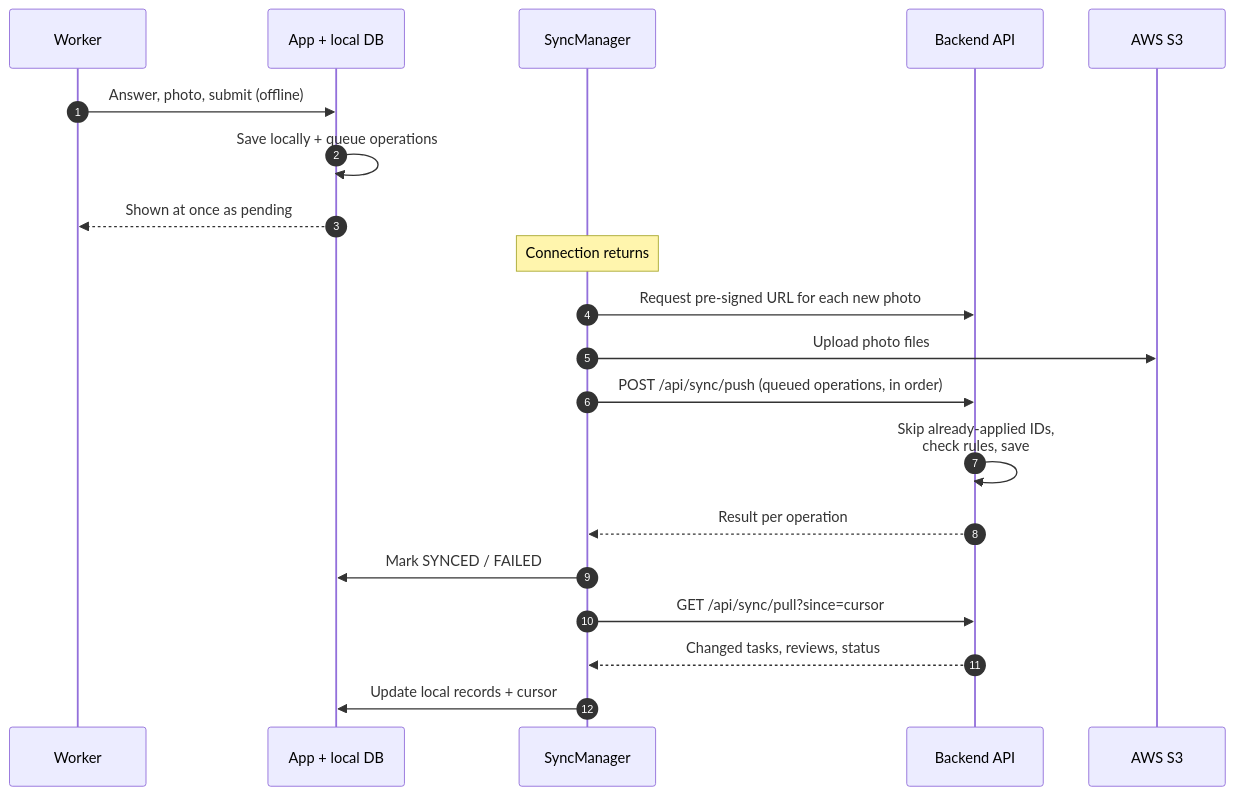
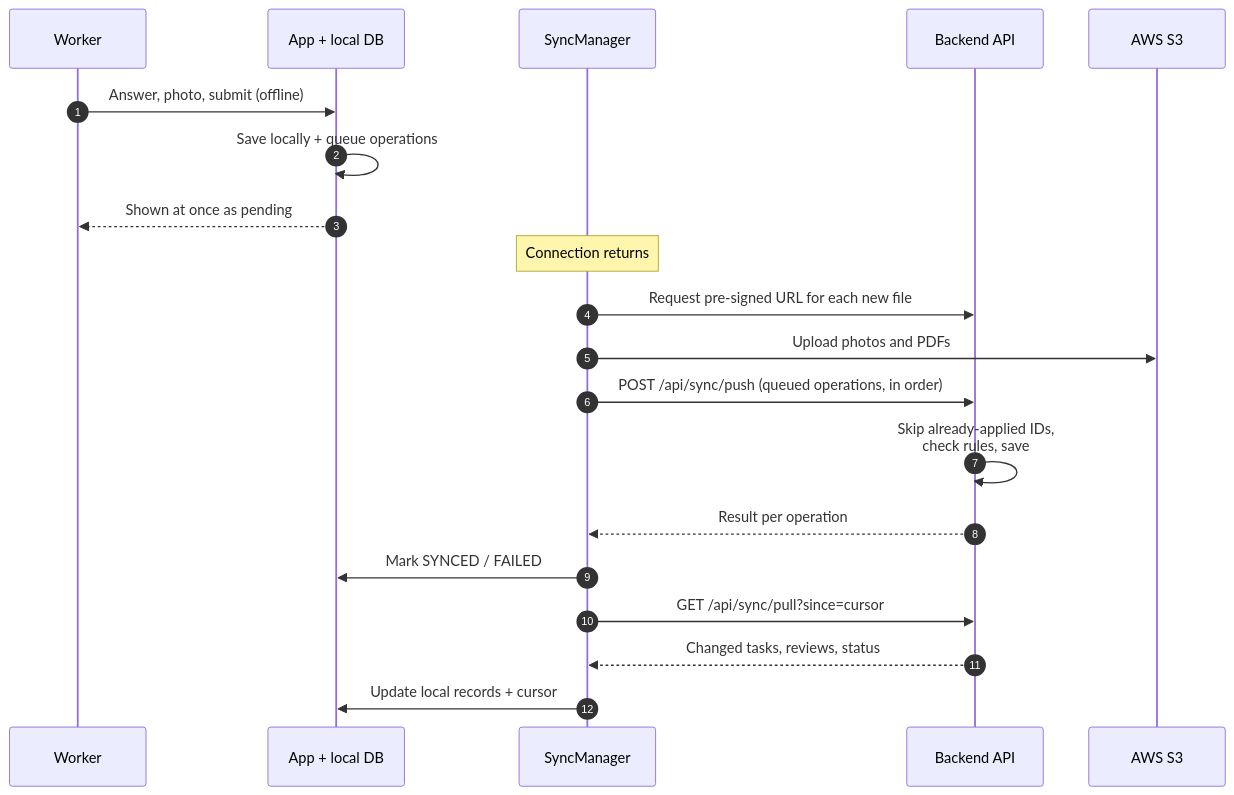
Before and after one commit to RezwanAhmed/taskInspect: the sixth of 6 diagrams in docs/architecture.md, drawn with Mermaid. The commit also changed other lines of this file and 2 other files, not shown here.

````diff
--- a/docs/architecture.md
+++ b/docs/architecture.md
@@ -554,23 +554,23 @@
 ```mermaid
 sequenceDiagram
     autonumber
     participant W as Worker
     participant App as App + local DB
     participant SM as SyncManager
     participant API as Backend API
     participant S3 as AWS S3
 
     W->>App: Answer, photo, submit (offline)
     App->>App: Save locally + queue operations
     App-->>W: Shown at once as pending
     Note over SM: Connection returns
-    SM->>API: Request pre-signed URL for each new photo
-    SM->>S3: Upload photo files
+    SM->>API: Request pre-signed URL for each new file
+    SM->>S3: Upload photos and PDFs
     SM->>API: POST /api/sync/push (queued operations, in order)
     API->>API: Skip already-applied IDs,<br/>check rules, save
     API-->>SM: Result per operation
     SM->>App: Mark SYNCED / FAILED
     SM->>API: GET /api/sync/pull?since=cursor
     API-->>SM: Changed tasks, reviews, status
     SM->>App: Update local records + cursor
 ```
````
